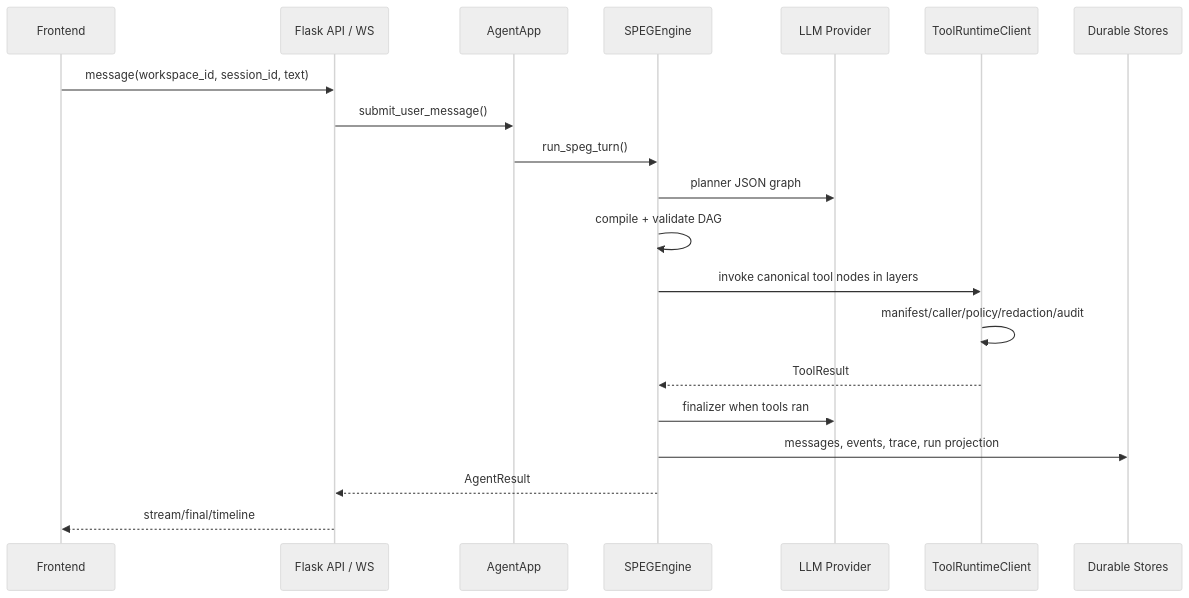
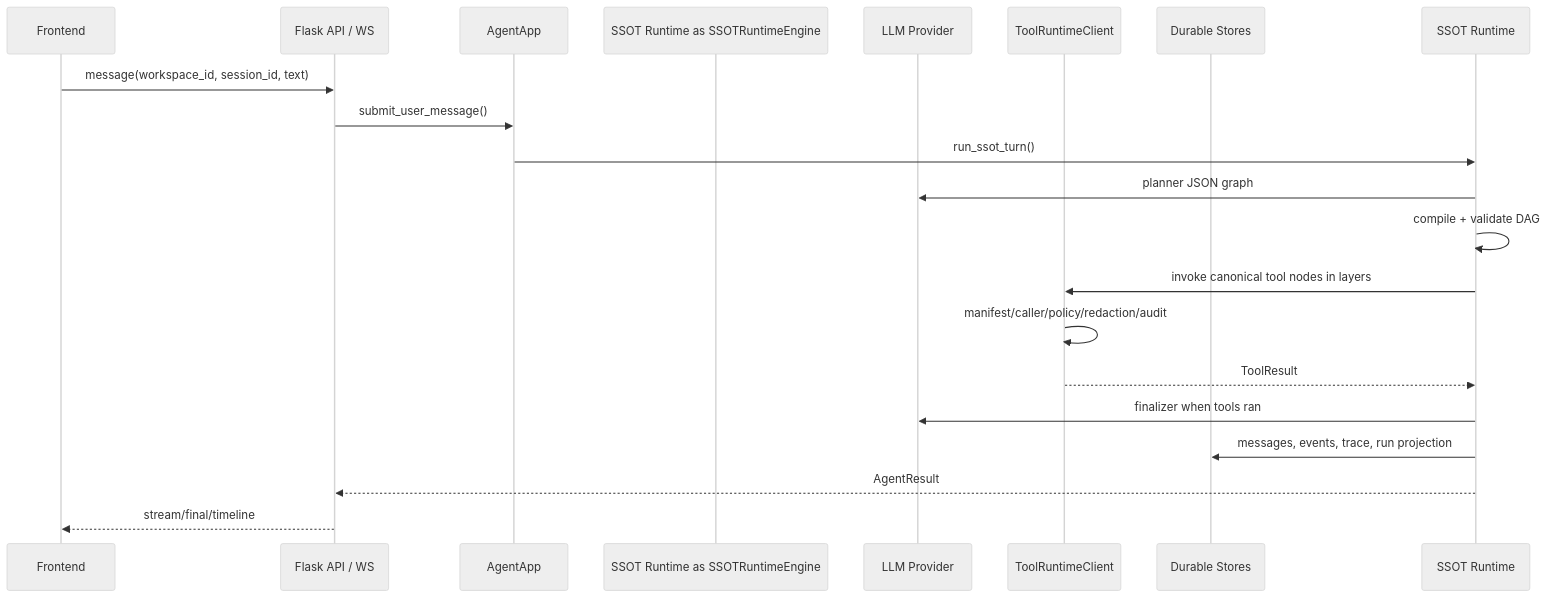
The diagram in DESIGN.md (zhangh05/network_agent), drawn with Mermaid (neutral theme) before and after one commit. The commit also changed other lines of this file and 150 other files, not shown here.

Commit message:
v3.21: hard cut SSOT runtime naming

````diff
--- a/DESIGN.md
+++ b/DESIGN.md
@@ -15,23 +15,23 @@
 ```mermaid
 sequenceDiagram
   participant UI as Frontend
   participant API as Flask API / WS
   participant App as AgentApp
-  participant SPEG as SPEGEngine
+  participant SSOT Runtime as SSOTRuntimeEngine
   participant LLM as LLM Provider
   participant Tools as ToolRuntimeClient
   participant Store as Durable Stores
 
   UI->>API: message(workspace_id, session_id, text)
   API->>App: submit_user_message()
-  App->>SPEG: run_speg_turn()
-  SPEG->>LLM: planner JSON graph
-  SPEG->>SPEG: compile + validate DAG
-  SPEG->>Tools: invoke canonical tool nodes in layers
+  App->>SSOT Runtime: run_ssot_turn()
+  SSOT Runtime->>LLM: planner JSON graph
+  SSOT Runtime->>SSOT Runtime: compile + validate DAG
+  SSOT Runtime->>Tools: invoke canonical tool nodes in layers
   Tools->>Tools: manifest/caller/policy/redaction/audit
-  Tools-->>SPEG: ToolResult
-  SPEG->>LLM: finalizer when tools ran
-  SPEG->>Store: messages, events, trace, run projection
-  SPEG-->>API: AgentResult
+  Tools-->>SSOT Runtime: ToolResult
+  SSOT Runtime->>LLM: finalizer when tools ran
+  SSOT Runtime->>Store: messages, events, trace, run projection
+  SSOT Runtime-->>API: AgentResult
   API-->>UI: stream/final/timeline
 ```
````
